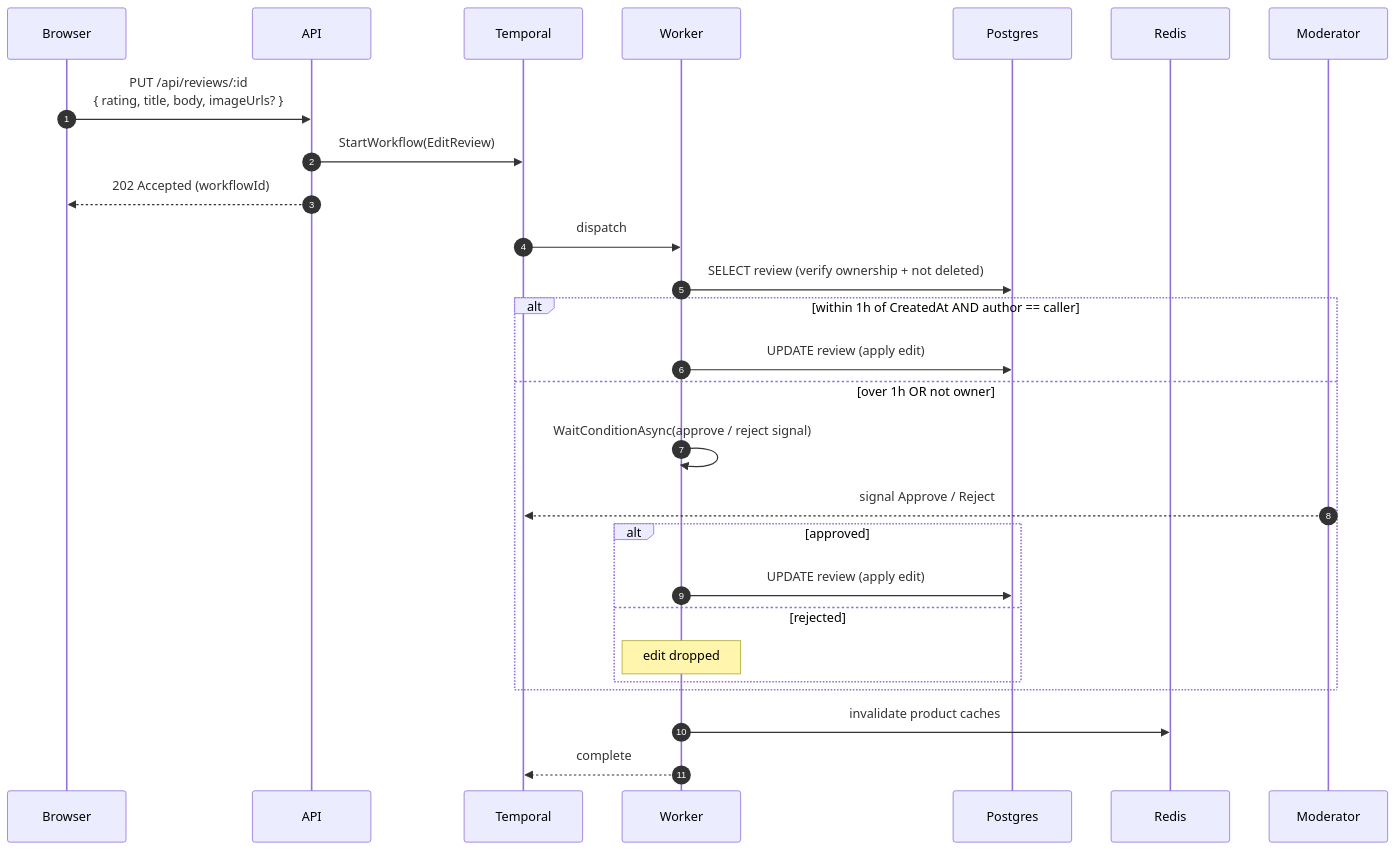
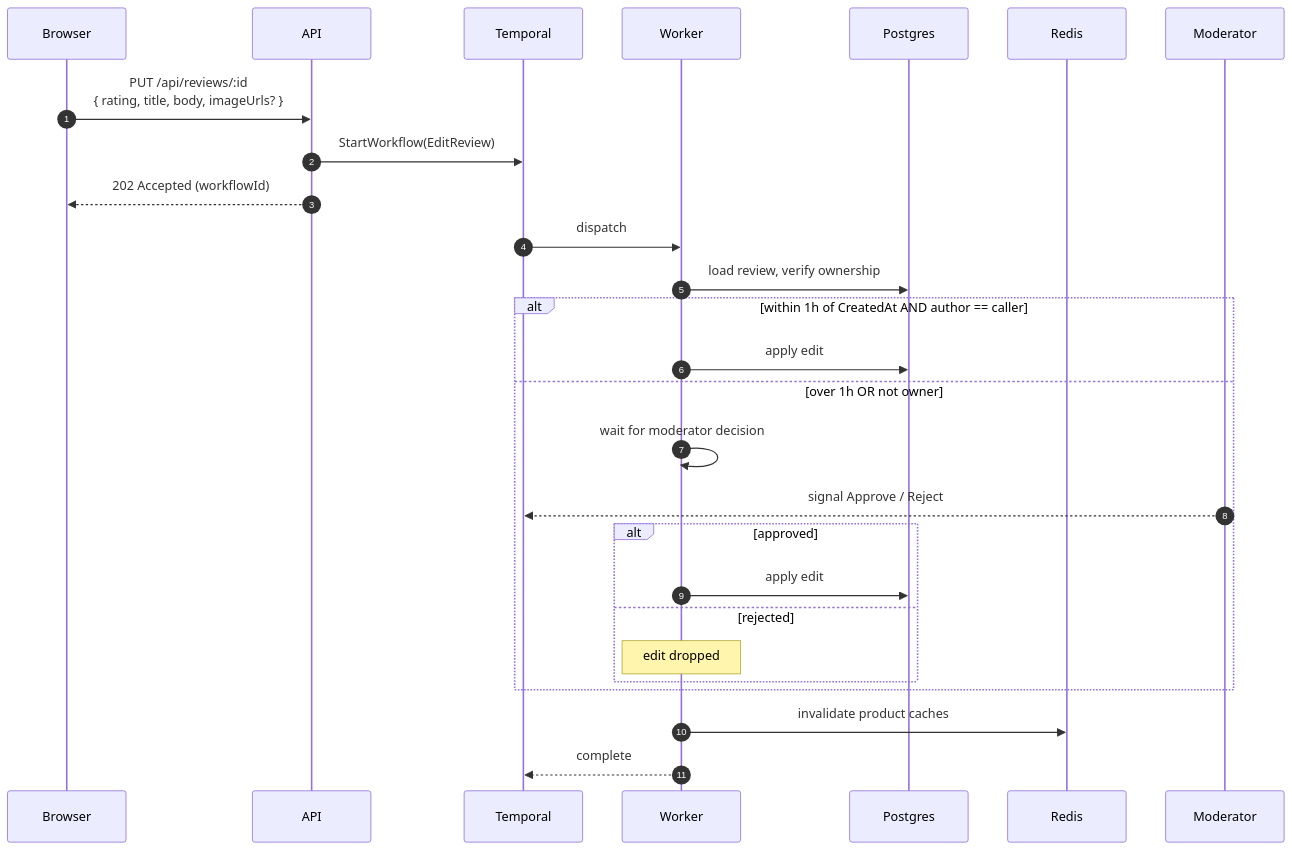
The eighth of 12 diagrams in docs/flows.md (KaliCZ/reviews), drawn with Mermaid before and after one commit. The commit also changed other lines of this file and 13 other files, not shown here.

````diff
--- a/docs/flows.md
+++ b/docs/flows.md
@@ -239,33 +236,33 @@
 ```mermaid
 sequenceDiagram
     autonumber
     participant B as Browser
     participant A as API
     participant T as Temporal
     participant W as Worker
     participant P as Postgres
     participant R as Redis
     participant M as Moderator
 
     B->>A: PUT /api/reviews/:id<br/>{ rating, title, body, imageUrls? }
     A->>T: StartWorkflow(EditReview)
     A-->>B: 202 Accepted (workflowId)
 
     T->>W: dispatch
-    W->>P: SELECT review (verify ownership + not deleted)
+    W->>P: load review, verify ownership
 
     alt within 1h of CreatedAt AND author == caller
-        W->>P: UPDATE review (apply edit)
+        W->>P: apply edit
     else over 1h OR not owner
-        W->>W: WaitConditionAsync(approve / reject signal)
+        W->>W: wait for moderator decision
         M-->>T: signal Approve / Reject
         alt approved
-            W->>P: UPDATE review (apply edit)
+            W->>P: apply edit
         else rejected
             Note over W: edit dropped
         end
     end
 
     W->>R: invalidate product caches
     W-->>T: complete
 ```
````
